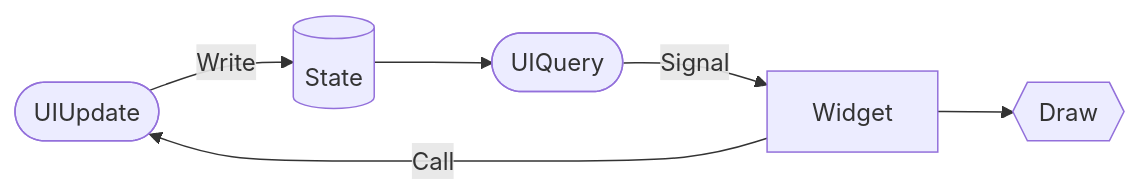
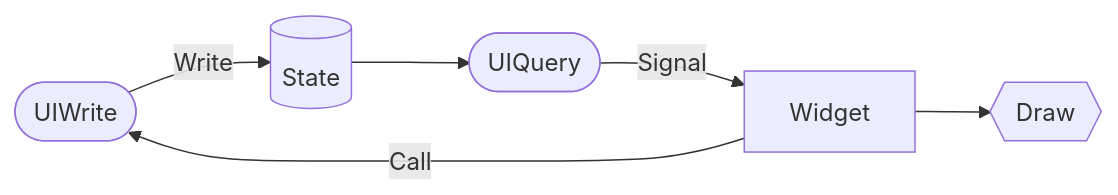
One commit to iced-rs/rfcs changed the second of 2 diagrams in text/0000-shared-widget-state.md. Above: the diagram before and after it, drawn with Mermaid. The commit also changed other lines of this file, not shown here.

````diff
--- a/text/0000-shared-widget-state.md
+++ b/text/0000-shared-widget-state.md
@@ -56,8 +56,8 @@
 ```mermaid
   graph LR;
-    UIUpdate([UIUpdate])--Write-->State[(State)];
+    UIWrite([UIWrite])--Write-->State[(State)];
     UIQuery([UIQuery])--Signal-->Widget
     State-->UIQuery;
-    Widget--Call-->UIUpdate;
+    Widget--Call-->UIWrite;
     Widget-->Draw{{Draw}}
 ```
````
